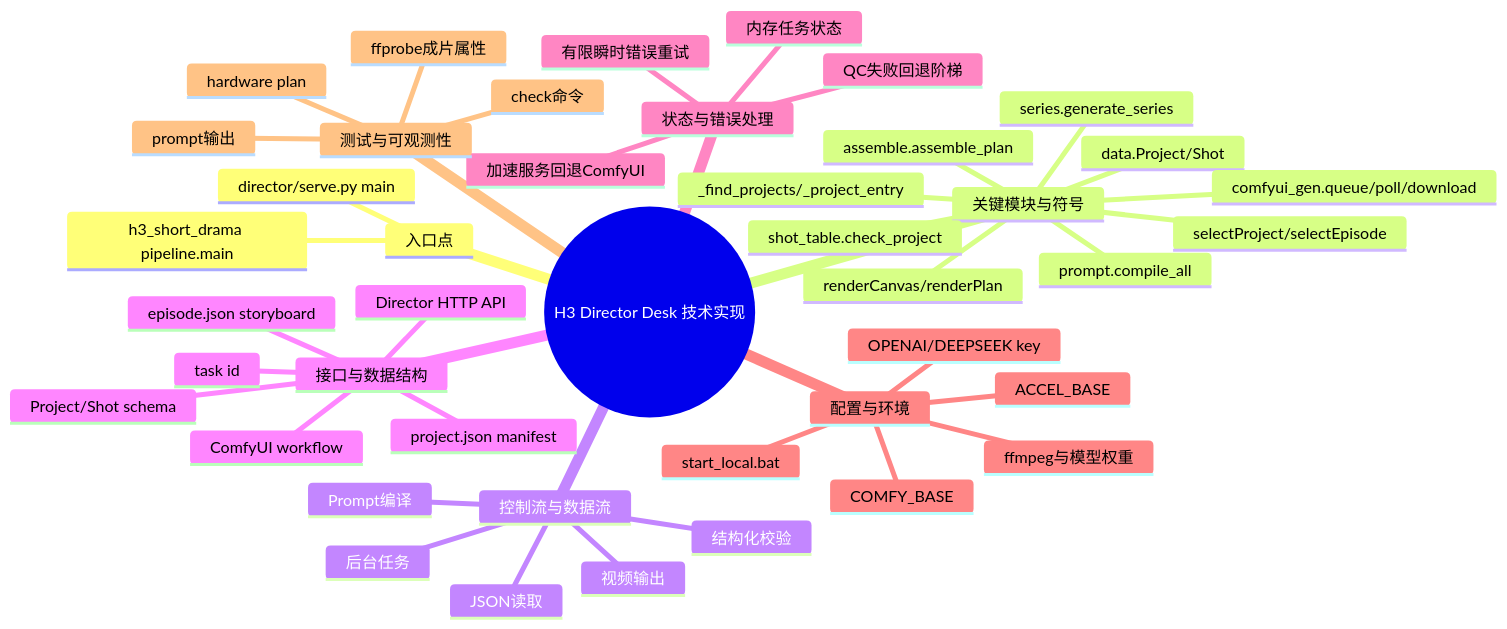
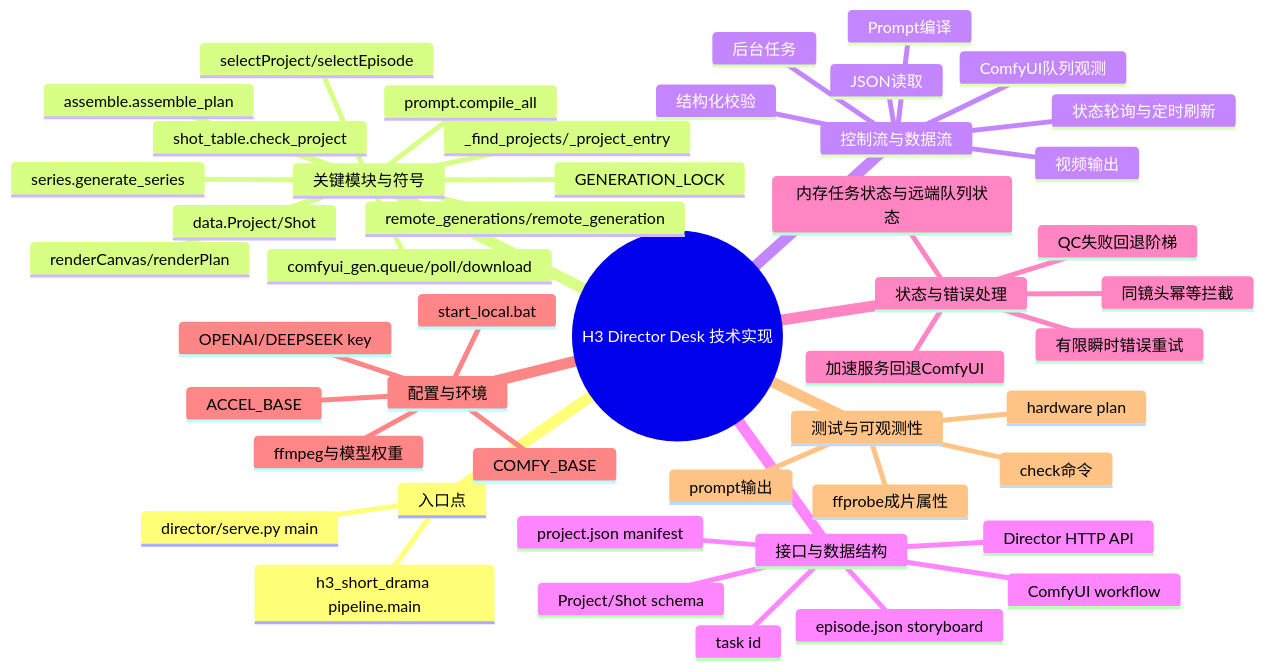
One commit to Exalex/h3-director-desk changed the diagram in docs/project-evolution/mindmaps/technical-implementation.md. Above: the diagram before and after it, drawn with Mermaid. The commit also changed other lines of this file and 12 other files, not shown here.

````diff
--- a/docs/project-evolution/mindmaps/technical-implementation.md
+++ b/docs/project-evolution/mindmaps/technical-implementation.md
@@ -3,46 +3,51 @@
 ```mermaid
 mindmap
   root((H3 Director Desk 技术实现))
     入口点
       director/serve.py main
       h3_short_drama pipeline.main
     关键模块与符号
       _find_projects/_project_entry
       selectProject/selectEpisode
       renderCanvas/renderPlan
       data.Project/Shot
       shot_table.check_project
       prompt.compile_all
       comfyui_gen.queue/poll/download
+      remote_generations/remote_generation
+      GENERATION_LOCK
       series.generate_series
       assemble.assemble_plan
     控制流与数据流
       JSON读取
       结构化校验
       Prompt编译
       后台任务
+      ComfyUI队列观测
+      状态轮询与定时刷新
       视频输出
     接口与数据结构
       Director HTTP API
       project.json manifest
       episode.json storyboard
       Project/Shot schema
       ComfyUI workflow
       task id
     状态与错误处理
-      内存任务状态
+      内存任务状态与远端队列状态
+      同镜头幂等拦截
       有限瞬时错误重试
       加速服务回退ComfyUI
       QC失败回退阶梯
     配置与环境
       COMFY_BASE
       ACCEL_BASE
       OPENAI/DEEPSEEK key
       ffmpeg与模型权重
       start_local.bat
     测试与可观测性
       check命令
       hardware plan
       prompt输出
       ffprobe成片属性
 ```
````
